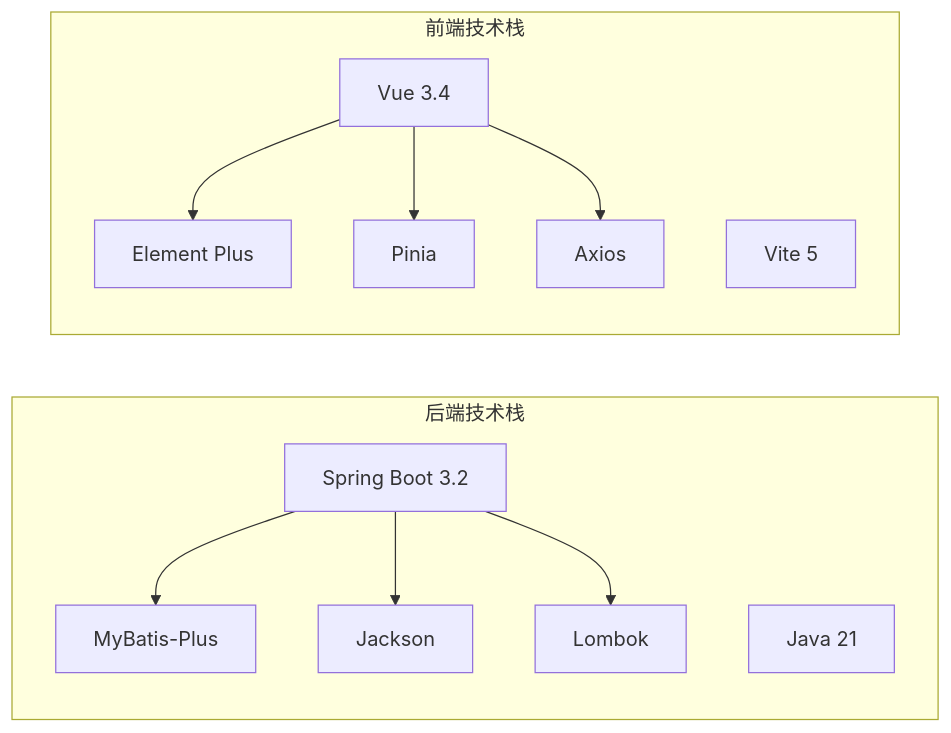
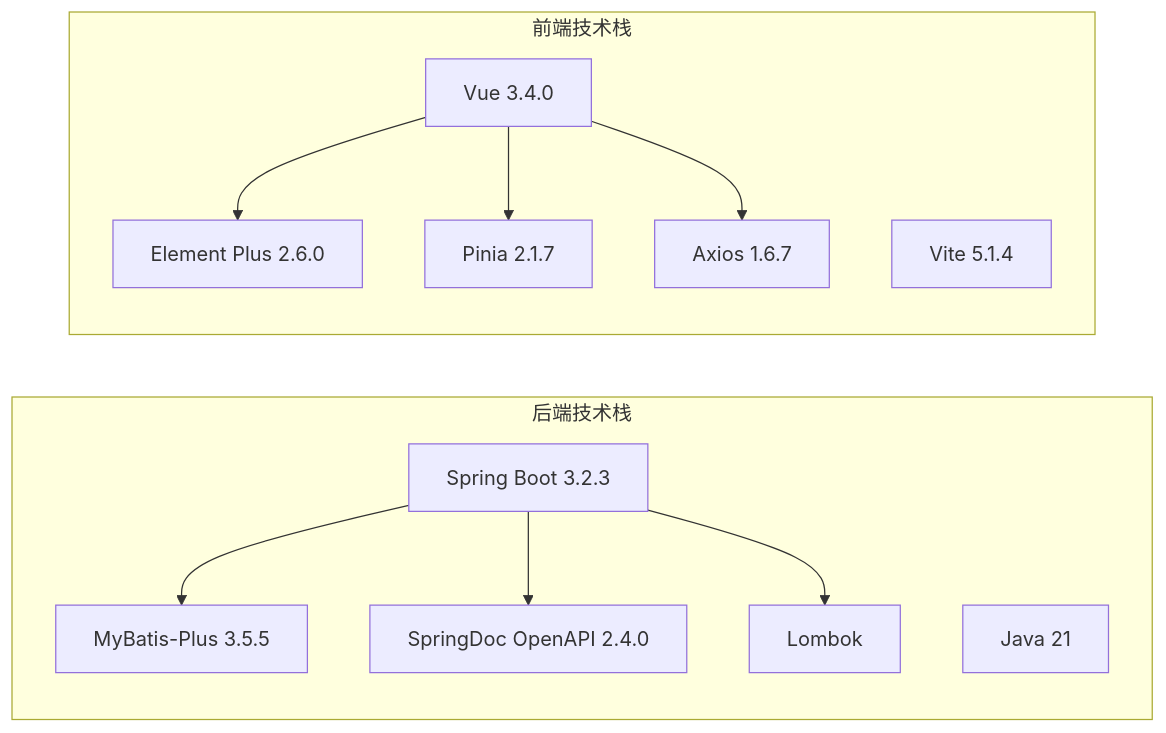
Before and after one commit to NJMrLi/genetics: the seventh of 7 diagrams in .qoder/repowiki/zh/content/开发指南/开发指南.md, drawn with Mermaid. The commit also changed other lines of this file and 152 other files, not shown here.

````diff
--- a/.qoder/repowiki/zh/content/开发指南/开发指南.md
+++ b/.qoder/repowiki/zh/content/开发指南/开发指南.md
@@ -224,23 +280,23 @@
 ```mermaid
 graph LR
 subgraph "后端技术栈"
-SB["Spring Boot 3.2"]
-MB["MyBatis-Plus"]
+SB["Spring Boot 3.2.3"]
+MB["MyBatis-Plus 3.5.5"]
 JDK["Java 21"]
-JACK["Jackson"]
+SPRINGDOC["SpringDoc OpenAPI 2.4.0"]
 LOMB["Lombok"]
 end
 subgraph "前端技术栈"
-VUE["Vue 3.4"]
-VITE["Vite 5"]
-EP["Element Plus"]
-PIN["Pinia"]
-AX["Axios"]
+VUE["Vue 3.4.0"]
+VITE["Vite 5.1.4"]
+EP["Element Plus 2.6.0"]
+PIN["Pinia 2.1.7"]
+AX["Axios 1.6.7"]
 end
 SB --> MB
-SB --> JACK
+SB --> SPRINGDOC
 SB --> LOMB
 VUE --> EP
 VUE --> PIN
 VUE --> AX
 ```
````
